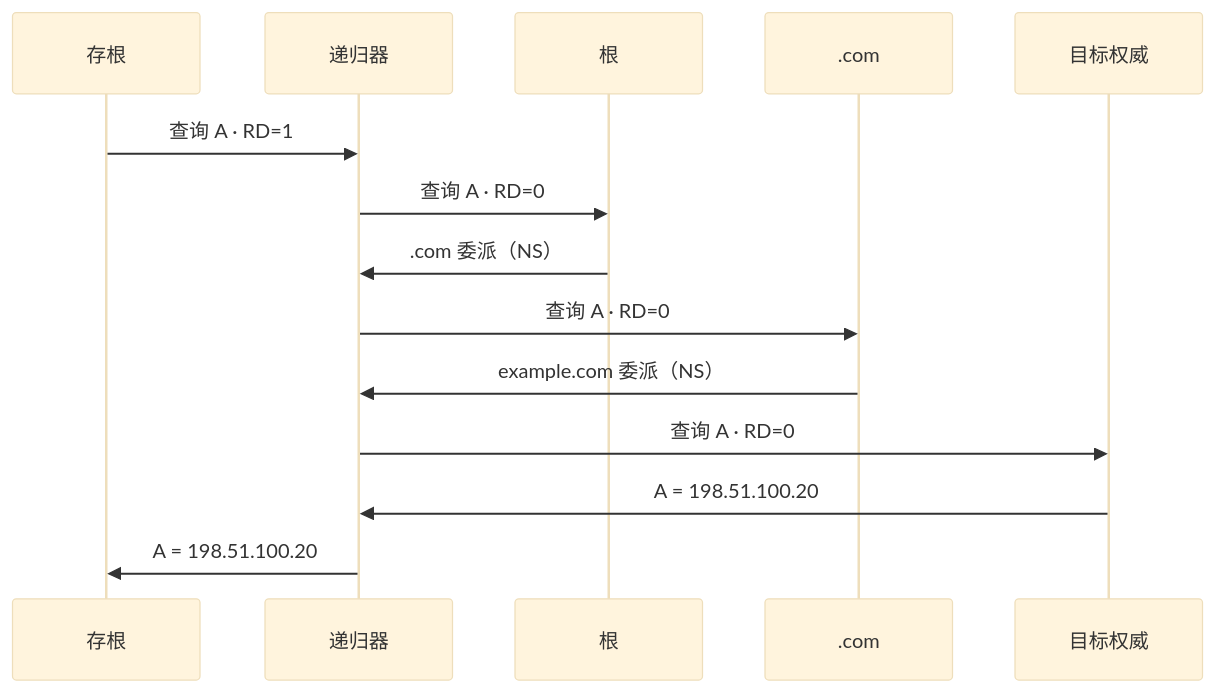
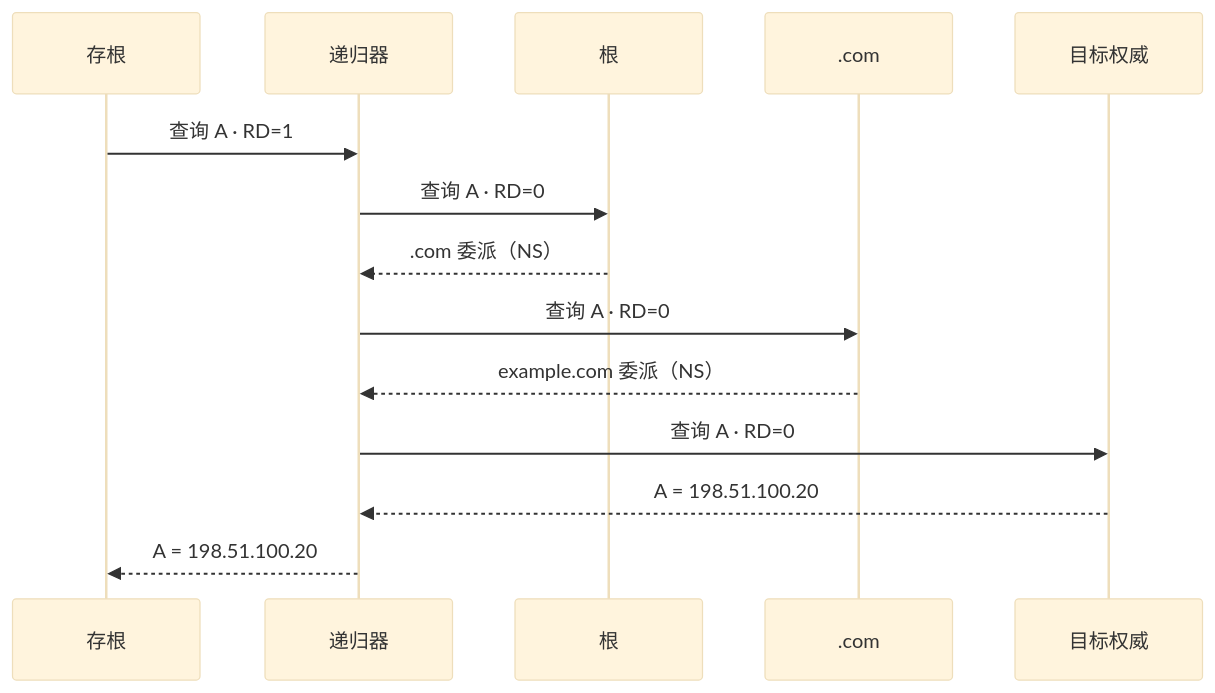
The first of 3 diagrams in content/posts/networking/dns-resolution-caching-encrypted-queries.md (fordelkon/delkon.us.kg), drawn with Mermaid (base theme) before and after one commit. The commit also changed other lines of this file and 8 other files, not shown here.

First line of the commit message:
docs: audit networking series with C17 examples and diagram fixes

````diff
--- a/content/posts/networking/dns-resolution-caching-encrypted-queries.md
+++ b/content/posts/networking/dns-resolution-caching-encrypted-queries.md
@@ -48,16 +50,16 @@
 ```mermaid title="一次未命中缓存的 DNS 查询" description="从上到下读。本例没有可用的答案或委派缓存，递归器从根开始迭代查询。根与 .com 只返回下一站，递归器自己发起下一次查询；它们并不转发存根的原请求。每次都查询 example.com. 的 A 记录，省略查询名最小化、别名、失败和地址补查。"
 sequenceDiagram
  participant S as 存根
  participant R as 递归器
  participant Root as 根
  participant TLD as .com
  participant Auth as 目标权威
  S->>R: 查询 A · RD=1
  R->>Root: 查询 A · RD=0
- Root->>R: .com 委派（NS）
+ Root-->>R: .com 委派（NS）
  R->>TLD: 查询 A · RD=0
- TLD->>R: example.com 委派（NS）
+ TLD-->>R: example.com 委派（NS）
  R->>Auth: 查询 A · RD=0
- Auth->>R: A = 198.51.100.20
- R->>S: A = 198.51.100.20
+ Auth-->>R: A = 198.51.100.20
+ R-->>S: A = 198.51.100.20
 ```
````
